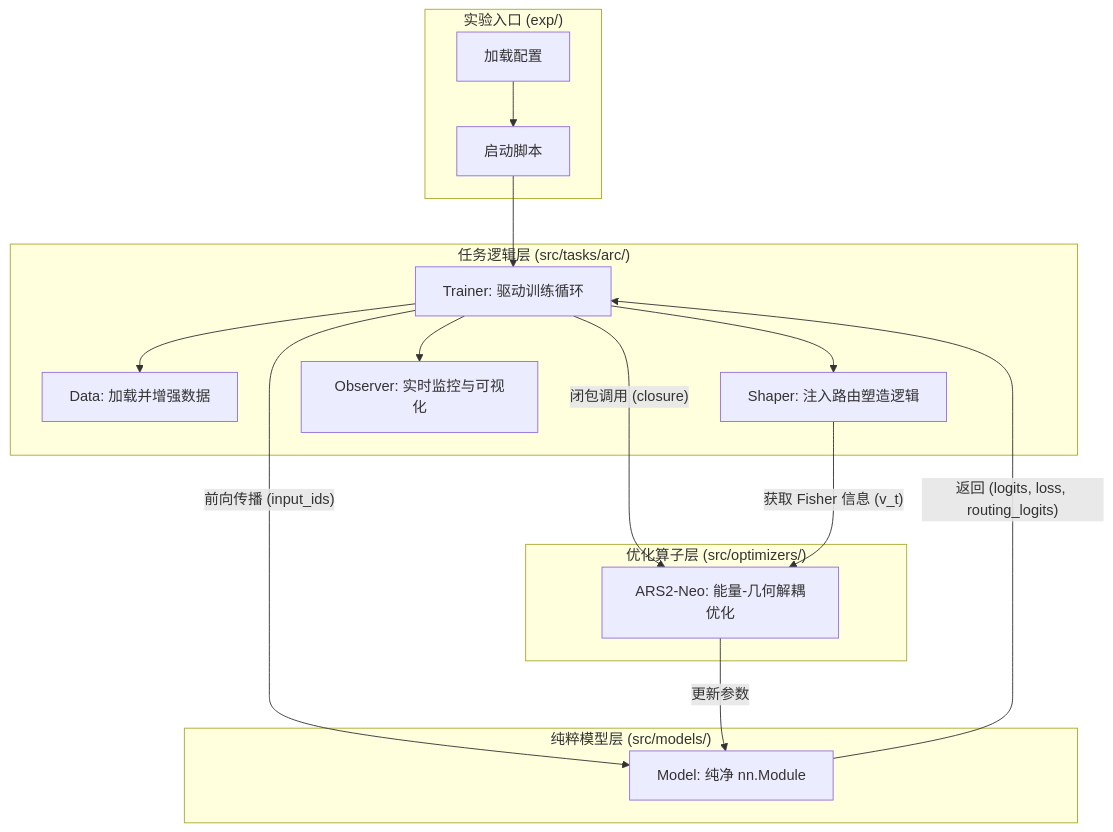
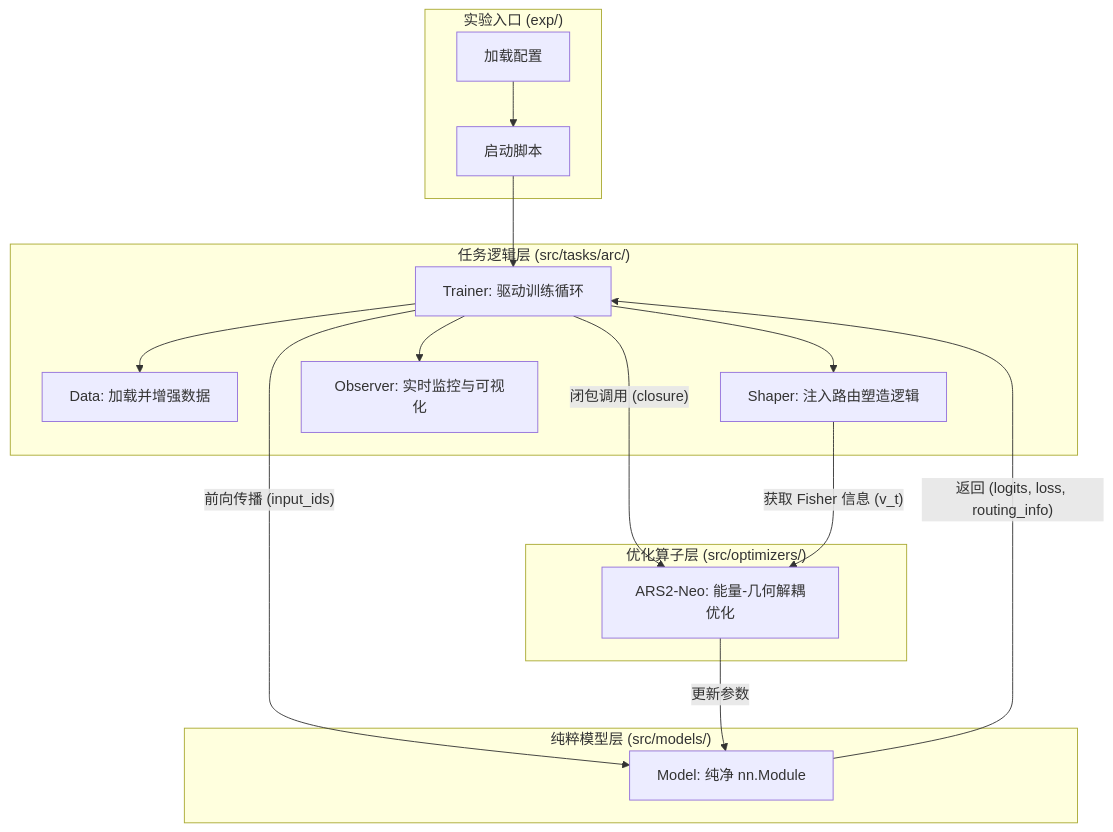
The diagram in .roo/rules/ARC-2-Standard.md (dmf-archive/Tiny-ONN), drawn with Mermaid before and after one commit. The commit also changed other lines of this file and 41 other files, not shown here.

````diff
--- a/.roo/rules/ARC-2-Standard.md
+++ b/.roo/rules/ARC-2-Standard.md
@@ -29,24 +30,24 @@
 ```mermaid
 graph TD
     subgraph "实验入口 (exp/)"
         Config[加载配置] --> Launch[启动脚本]
     end
 
     subgraph "任务逻辑层 (src/tasks/arc/)"
         Launch --> Trainer[Trainer: 驱动训练循环]
         Trainer --> Data[Data: 加载并增强数据]
         Trainer --> Shaper[Shaper: 注入路由塑造逻辑]
         Trainer --> Observer[Observer: 实时监控与可视化]
     end
 
     subgraph "纯粹模型层 (src/models/)"
         Trainer -- "前向传播 (input_ids)" --> Model[Model: 纯净 nn.Module]
-        Model -- "返回 (logits, loss, routing_logits)" --> Trainer
+        Model -- "返回 (logits, loss, routing_info)" --> Trainer
     end
 
     subgraph "优化算子层 (src/optimizers/)"
         Trainer -- "闭包调用 (closure)" --> Optimizer[ARS2-Neo: 能量-几何解耦优化]
         Optimizer -- "更新参数" --> Model
         Shaper -- "获取 Fisher 信息 (v_t)" --> Optimizer
     end
 ```
````
